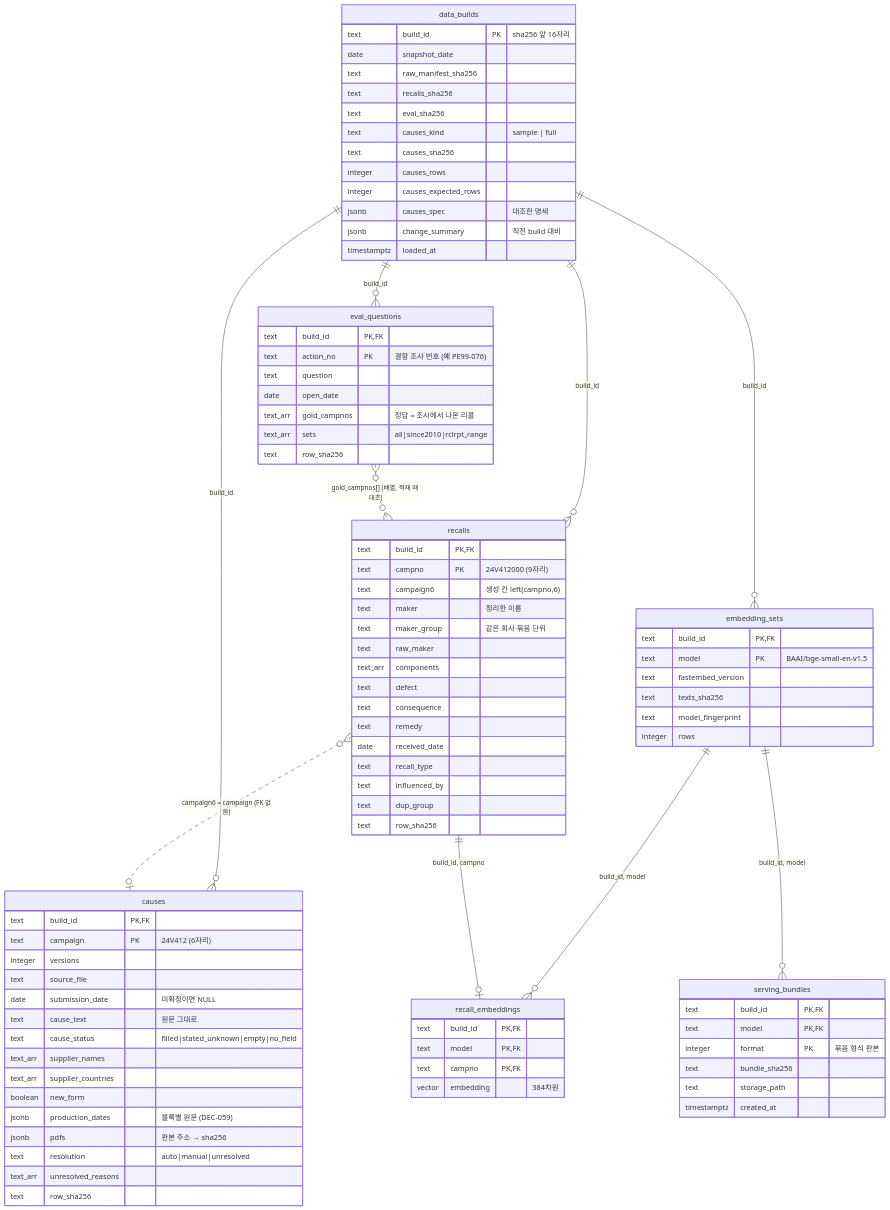
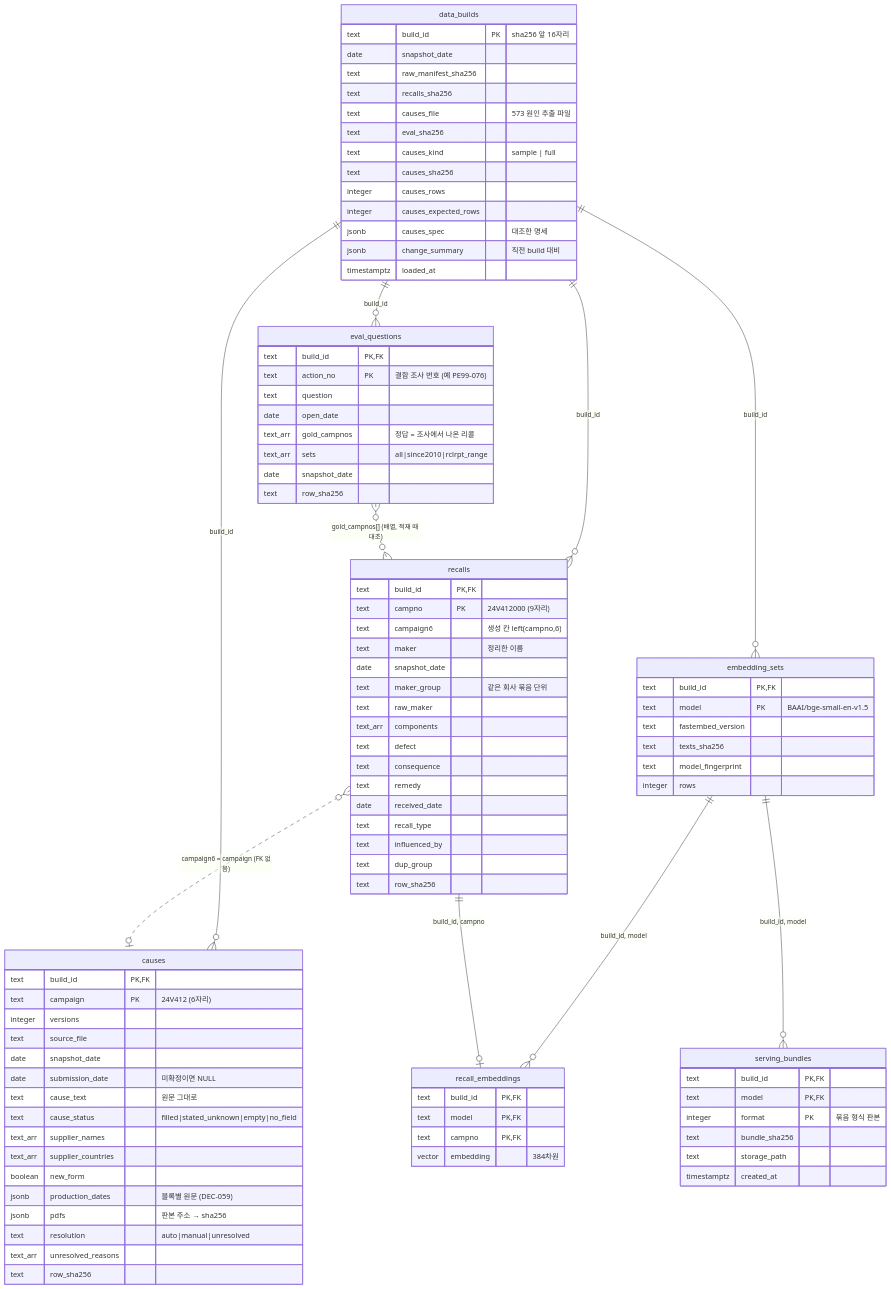
The second of 3 diagrams in docs/ERD.md (jh3779/recall-casebook), drawn with Mermaid before and after one commit. The commit also changed other lines of this file and 5 other files, not shown here.

First line of the commit message:
docs: 1차 리뷰 지적 반영 — 병합 상태·기준 커밋·출처·옛 경로·ERD 칸·문서 목록을 바로잡는다

```diff
--- a/docs/ERD.md
+++ b/docs/ERD.md
@@ -58,6 +58,7 @@
         date snapshot_date
         text raw_manifest_sha256
         text recalls_sha256
+        text causes_file "573 원인 추출 파일"
         text eval_sha256
         text causes_kind "sample | full"
         text causes_sha256
@@ -72,6 +73,7 @@
         text campno PK "24V412000 (9자리)"
         text campaign6 "생성 칸 left(campno,6)"
         text maker "정리한 이름"
+        date snapshot_date
         text maker_group "같은 회사 묶음 단위"
         text raw_maker
         text_arr components
@@ -89,6 +91,7 @@
         text campaign PK "24V412 (6자리)"
         integer versions
         text source_file
+        date snapshot_date
         date submission_date "미확정이면 NULL"
         text cause_text "원문 그대로"
         text cause_status "filled|stated_unknown|empty|no_field"
@@ -108,6 +111,7 @@
         date open_date
         text_arr gold_campnos "정답 = 조사에서 나온 리콜"
         text_arr sets "all|since2010|rclrpt_range"
+        date snapshot_date
         text row_sha256
     }
     embedding_sets {
```
